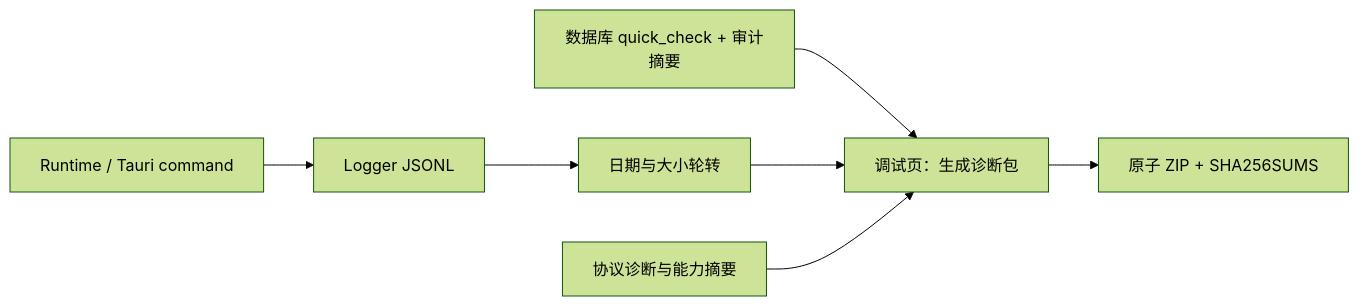
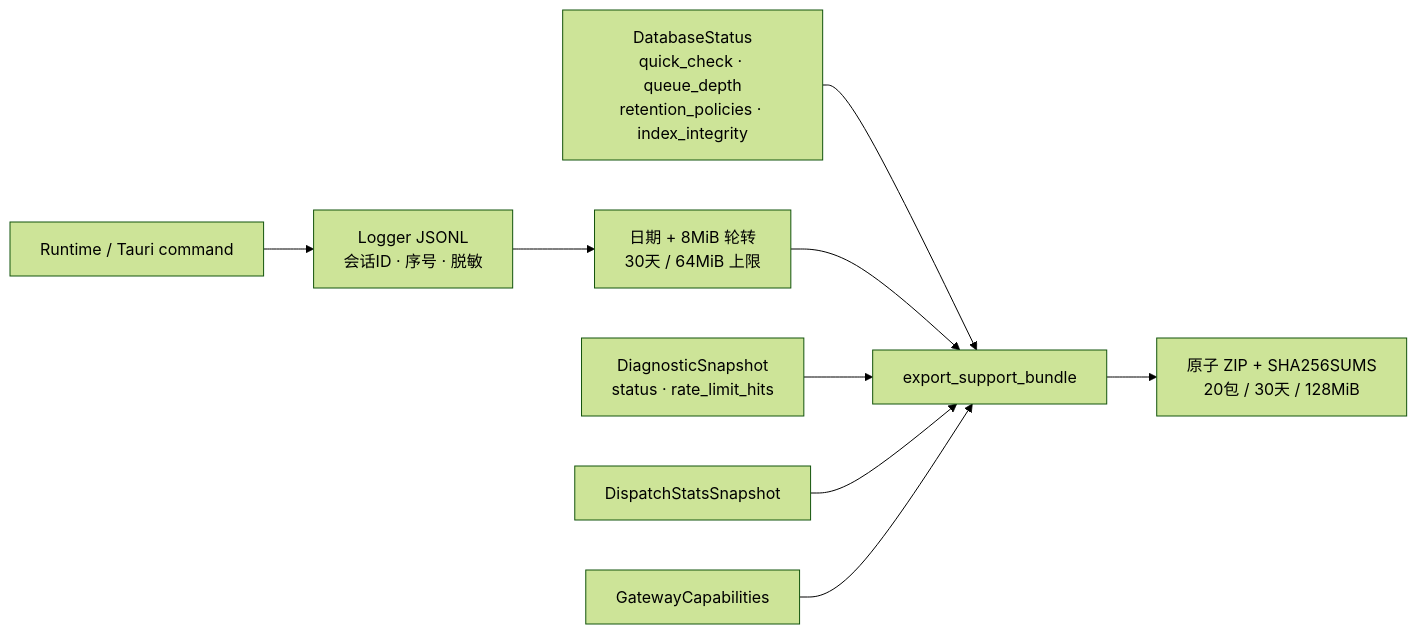
Before and after one commit to DH-devmax/d-hbot: the seventh of 7 diagrams in docs/ARCHITECTURE.md, drawn with Mermaid (forest theme). The commit also changed other lines of this file and 2 other files, not shown here.

First line of the commit message:
docs: 完善ARCHITECTURE.md / TECHNICAL-DESIGN.md / DATABASE-SCHEMA.md

````diff
--- a/docs/ARCHITECTURE.md
+++ b/docs/ARCHITECTURE.md
@@ -125,9 +261,11 @@
 ```mermaid
 flowchart LR
-  A["Runtime / Tauri command"] --> B["Logger JSONL"]
-  B --> C["日期与大小轮转"]
-  D["数据库 quick_check + 审计摘要"] --> E["调试页：生成诊断包"]
+  A["Runtime / Tauri command"] --> B["Logger JSONL<br/>会话ID · 序号 · 脱敏"]
+  B --> C["日期 + 8MiB 轮转<br/>30天 / 64MiB 上限"]
+  D["DatabaseStatus<br/>quick_check · queue_depth<br/>retention_policies · index_integrity"] --> E["export_support_bundle"]
   C --> E
-  F["协议诊断与能力摘要"] --> E
-  E --> G["原子 ZIP + SHA256SUMS"]
+  F["DiagnosticSnapshot<br/>status · rate_limit_hits"] --> E
+  G["DispatchStatsSnapshot"] --> E
+  H["GatewayCapabilities"] --> E
+  E --> I["原子 ZIP + SHA256SUMS<br/>20包 / 30天 / 128MiB"]
 ```
````
